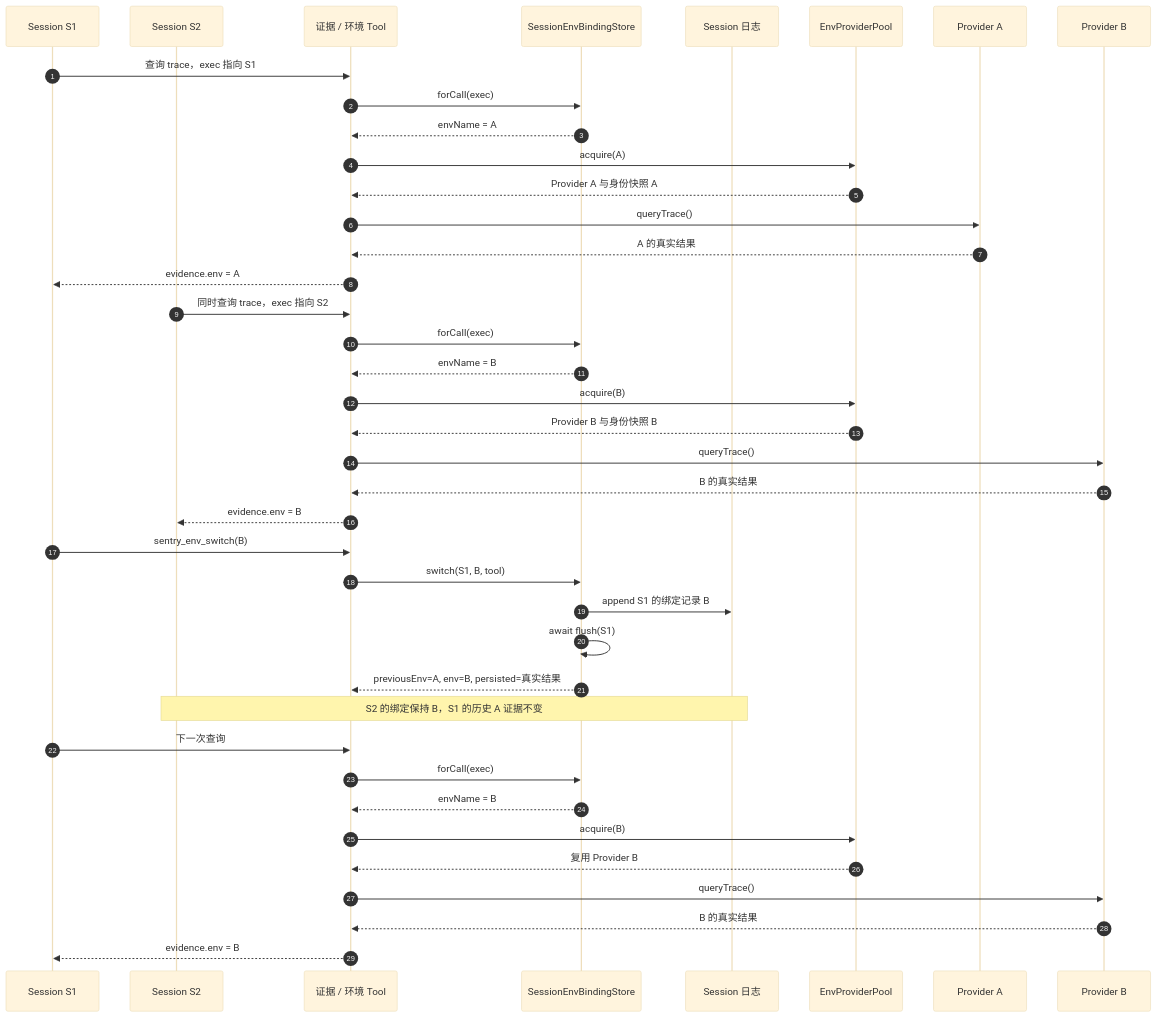
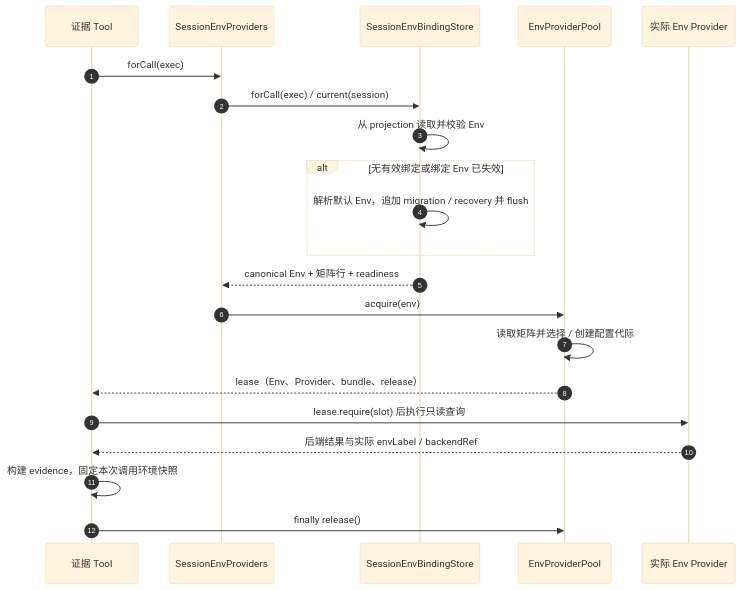
The second of 2 diagrams in docs/architecture/session-env-routing.md (lynn-hector/endurance-sage), drawn with Mermaid (base theme) before and after one commit. The commit also changed other lines of this file and 5 other files, not shown here.

````diff
--- a/docs/architecture/session-env-routing.md
+++ b/docs/architecture/session-env-routing.md
@@ -305,46 +73,24 @@
 ```mermaid
 sequenceDiagram
     autonumber
-    participant S1 as Session S1
-    participant S2 as Session S2
-    participant T as 证据 / 环境 Tool
-    participant Store as SessionEnvBindingStore
-    participant Log as Session 日志
+    participant T as 证据 Tool
+    participant F as SessionEnvProviders
+    participant B as SessionEnvBindingStore
     participant P as EnvProviderPool
-    participant A as Provider A
-    participant B as Provider B
+    participant E as 实际 Env Provider
 
-    S1->>T: 查询 trace，exec 指向 S1
-    T->>Store: forCall(exec)
-    Store-->>T: envName = A
-    T->>P: acquire(A)
-    P-->>T: Provider A 与身份快照 A
-    T->>A: queryTrace()
-    A-->>T: A 的真实结果
-    T-->>S1: evidence.env = A
-
-    S2->>T: 同时查询 trace，exec 指向 S2
-    T->>Store: forCall(exec)
-    Store-->>T: envName = B
-    T->>P: acquire(B)
-    P-->>T: Provider B 与身份快照 B
-    T->>B: queryTrace()
-    B-->>T: B 的真实结果
-    T-->>S2: evidence.env = B
-
-    S1->>T: sentry_env_switch(B)
-    T->>Store: switch(S1, B, tool)
-    Store->>Log: append S1 的绑定记录 B
-    Store->>Store: await flush(S1)
-    Store-->>T: previousEnv=A, env=B, persisted=真实结果
-    Note over S2,Log: S2 的绑定保持 B，S1 的历史 A 证据不变
-
-    S1->>T: 下一次查询
-    T->>Store: forCall(exec)
-    Store-->>T: envName = B
-    T->>P: acquire(B)
-    P-->>T: 复用 Provider B
-    T->>B: queryTrace()
-    B-->>T: B 的真实结果
-    T-->>S1: evidence.env = B
+    T->>F: forCall(exec)
+    F->>B: forCall(exec) / current(session)
+    B->>B: 从 projection 读取并校验 Env
+    alt 无有效绑定或绑定 Env 已失效
+        B->>B: 解析默认 Env，追加 migration / recovery 并 flush
+    end
+    B-->>F: canonical Env + 矩阵行 + readiness
+    F->>P: acquire(env)
+    P->>P: 读取矩阵并选择 / 创建配置代际
+    P-->>T: lease（Env、Provider、bundle、release）
+    T->>E: lease.require(slot) 后执行只读查询
+    E-->>T: 后端结果与实际 envLabel / backendRef
+    T->>T: 构建 evidence，固定本次调用环境快照
+    T->>P: finally release()
 ```
````
